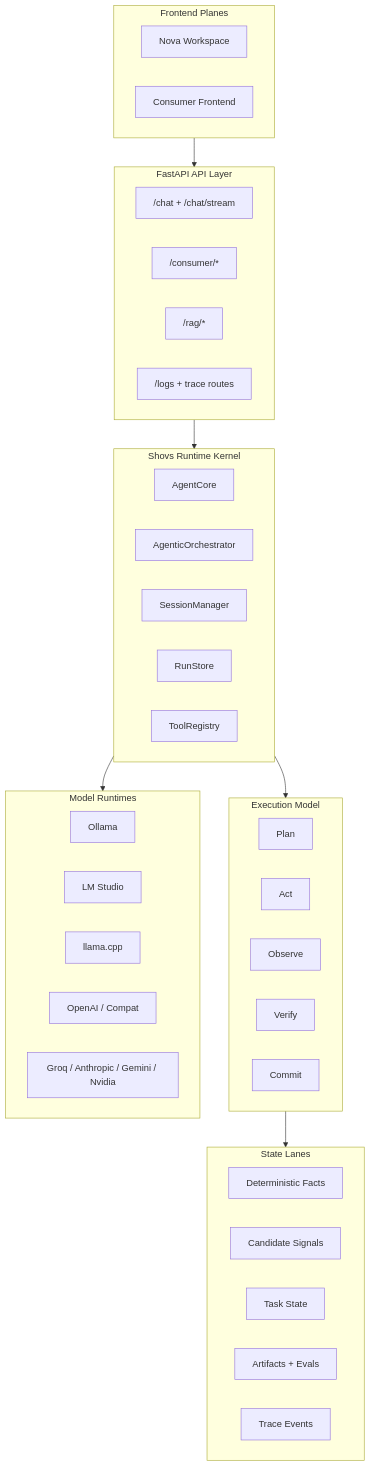
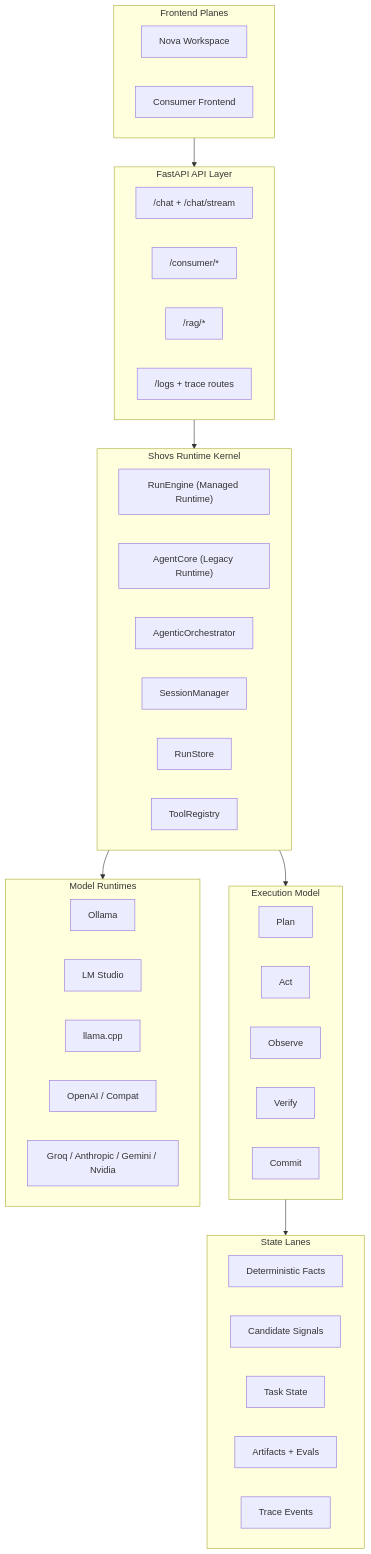
The diagram in README.md (theshovonsaha/shovsOS), drawn with Mermaid before and after one commit. The commit also changed other lines of this file and 1994 other files, not shown here.

````diff
--- a/README.md
+++ b/README.md
@@ -163,52 +181,53 @@
 ```mermaid
 graph TB
     subgraph UI["Frontend Planes"]
         NOVA["Nova Workspace"]
         CONS["Consumer Frontend"]
     end
 
     subgraph API["FastAPI API Layer"]
         CHAT["/chat + /chat/stream"]
         CONSAPI["/consumer/*"]
         RAG["/rag/*"]
         LOGS["/logs + trace routes"]
     end
 
     subgraph OS["Shovs Runtime Kernel"]
-        CORE["AgentCore"]
+        RUNENGINE["RunEngine (Managed Runtime)"]
+        LEGACY["AgentCore (Legacy Runtime)"]
         ORCH["AgenticOrchestrator"]
         SESS["SessionManager"]
         RUNS["RunStore"]
         TOOLS["ToolRegistry"]
     end
 
     subgraph LOOP["Execution Model"]
         PLAN["Plan"]
         ACT["Act"]
         OBS["Observe"]
         VER["Verify"]
         COMMIT["Commit"]
     end
 
     subgraph STATE["State Lanes"]
         FACTS["Deterministic Facts"]
         CAND["Candidate Signals"]
         TASKS["Task State"]
         ART["Artifacts + Evals"]
         TRACE["Trace Events"]
     end
 
     subgraph PROVIDERS["Model Runtimes"]
         OLL["Ollama"]
         LMS["LM Studio"]
         LLCPP["llama.cpp"]
         OAI["OpenAI / Compat"]
         CLOUD["Groq / Anthropic / Gemini / Nvidia"]
     end
 
     UI --> API
     API --> OS
     OS --> LOOP
     LOOP --> STATE
     OS --> PROVIDERS
 ```
````
